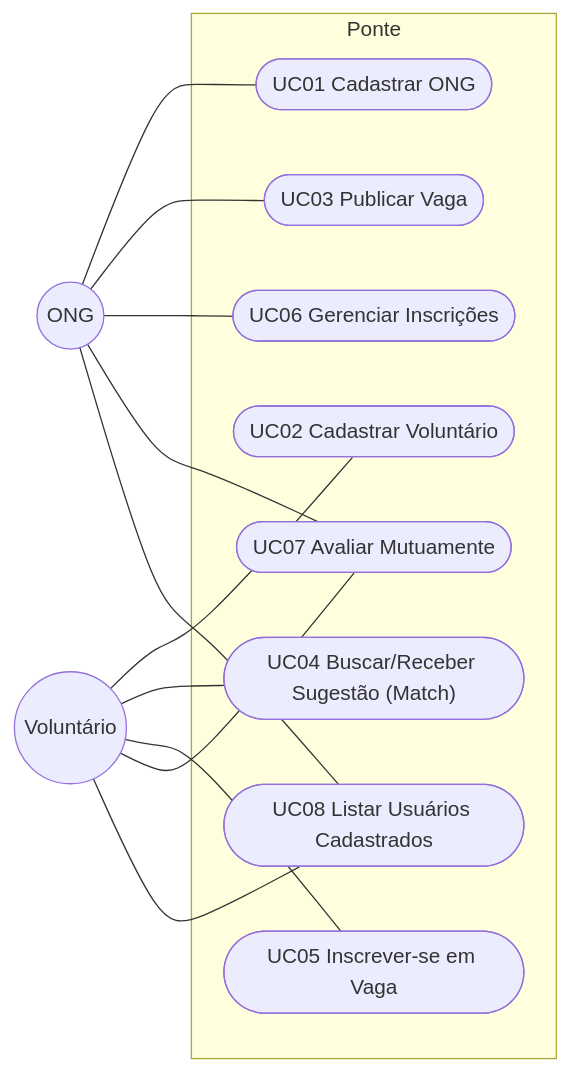
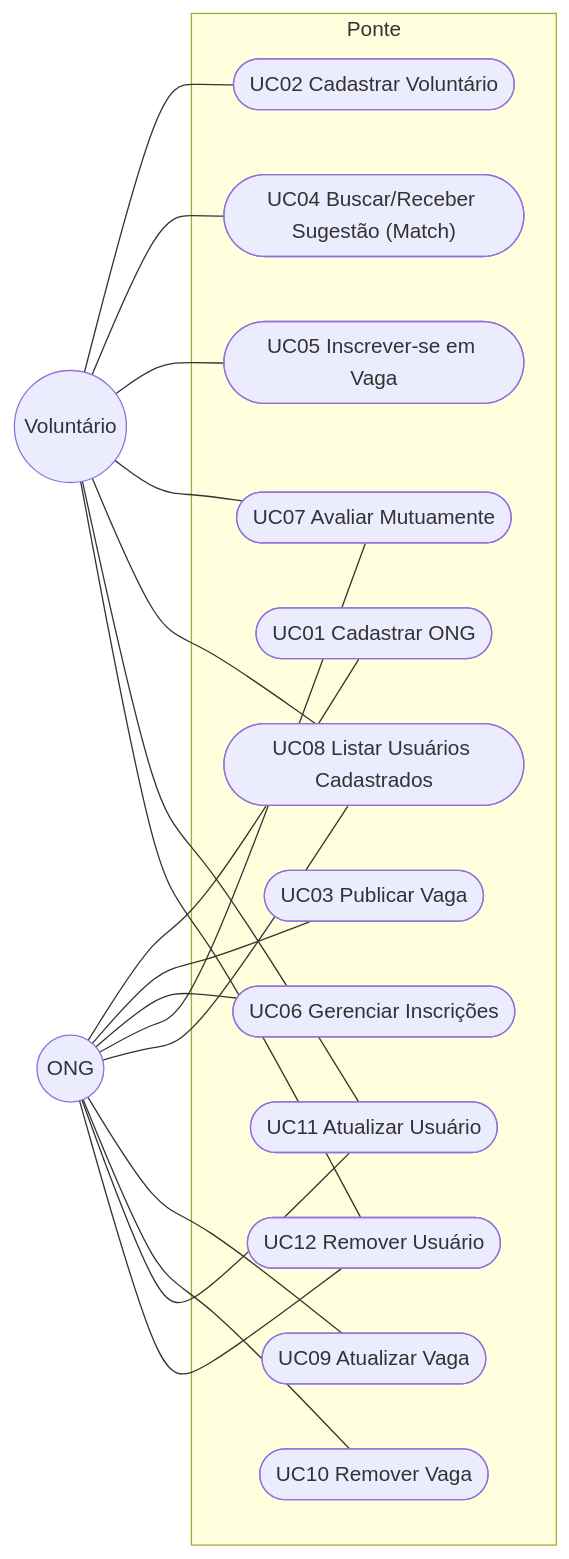
Before and after one commit to beapessoa/Ponte-mps: the diagram in docs/04-casos-de-uso/README.md, drawn with Mermaid. The commit also changed other lines of this file and 4 other files, not shown here.

````diff
--- a/docs/04-casos-de-uso/README.md
+++ b/docs/04-casos-de-uso/README.md
@@ -7,27 +7,37 @@
 ```mermaid
 flowchart LR
     ONG(("ONG"))
     Voluntario(("Voluntário"))
 
     subgraph Ponte["Ponte"]
         UC01(["UC01 Cadastrar ONG"])
         UC02(["UC02 Cadastrar Voluntário"])
         UC03(["UC03 Publicar Vaga"])
         UC04(["UC04 Buscar/Receber Sugestão (Match)"])
         UC05(["UC05 Inscrever-se em Vaga"])
         UC06(["UC06 Gerenciar Inscrições"])
         UC07(["UC07 Avaliar Mutuamente"])
         UC08(["UC08 Listar Usuários Cadastrados"])
+        UC09(["UC09 Atualizar Vaga"])
+        UC10(["UC10 Remover Vaga"])
+        UC11(["UC11 Atualizar Usuário"])
+        UC12(["UC12 Remover Usuário"])
     end
 
     ONG --- UC01
     ONG --- UC03
     ONG --- UC06
     ONG --- UC07
     ONG --- UC08
+    ONG --- UC09
+    ONG --- UC10
     Voluntario --- UC02
     Voluntario --- UC04
     Voluntario --- UC05
     Voluntario --- UC07
     Voluntario --- UC08
+    ONG --- UC11
+    Voluntario --- UC11
+    ONG --- UC12
+    Voluntario --- UC12
 ```
````
